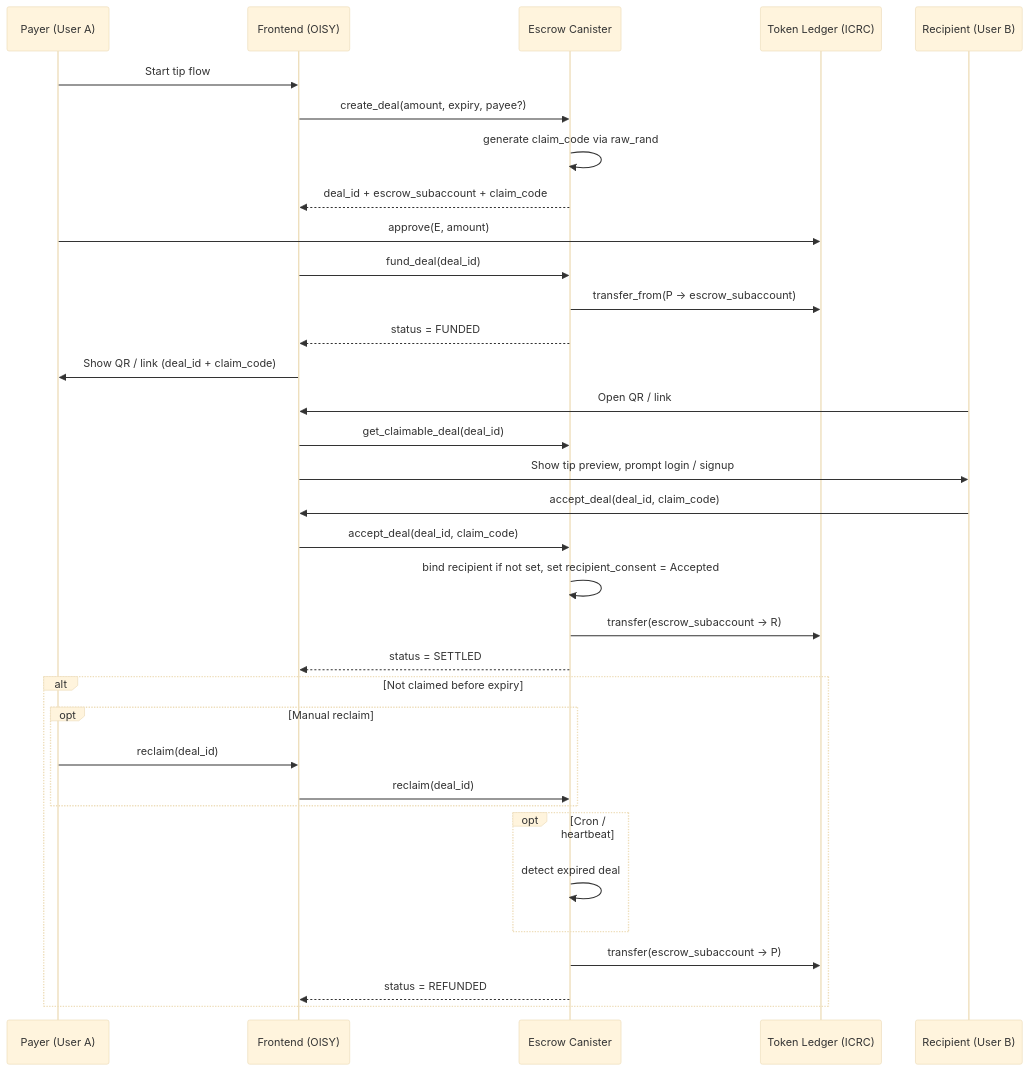
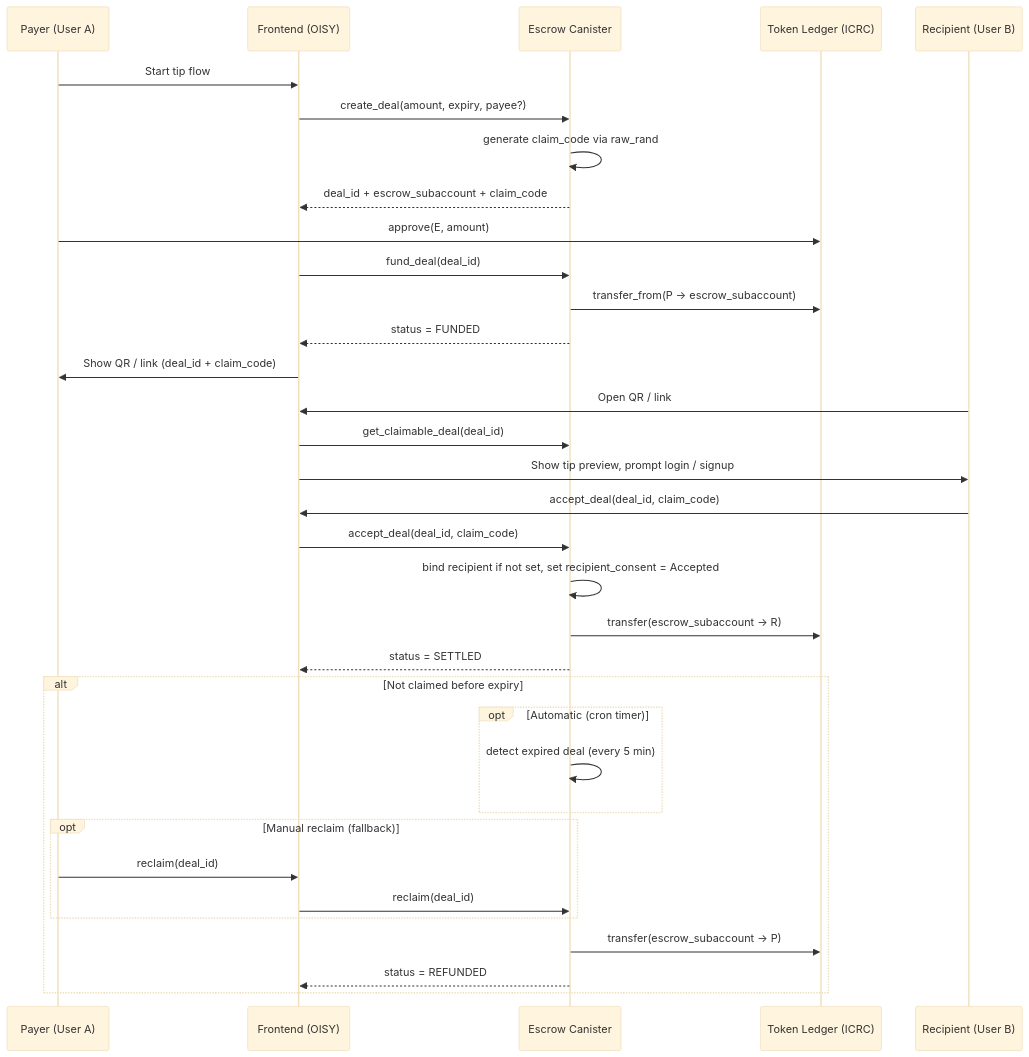
One commit to AntonioVentilii/escrow changed the first of 3 diagrams in TIPS.md. Above: the diagram before and after it, drawn with Mermaid (base theme). The commit also changed other lines of this file and 7 other files, not shown here.

````diff
--- a/TIPS.md
+++ b/TIPS.md
@@ -50,51 +49,51 @@
 ```mermaid
 sequenceDiagram
     participant P as Payer (User A)
     participant F as Frontend (OISY)
     participant E as Escrow Canister
     participant L as Token Ledger (ICRC)
     participant R as Recipient (User B)
 
     %% --- CREATE DEAL ---
     P->>F: Start tip flow
     F->>E: create_deal(amount, expiry, payee?)
     E->>E: generate claim_code via raw_rand
     E-->>F: deal_id + escrow_subaccount + claim_code
 
     %% --- FUNDING ---
     P->>L: approve(E, amount)
     F->>E: fund_deal(deal_id)
     E->>L: transfer_from(P -> escrow_subaccount)
     E-->>F: status = FUNDED
 
     %% --- SHARE ---
     F->>P: Show QR / link (deal_id + claim_code)
 
     %% --- CLAIM ---
     R->>F: Open QR / link
     F->>E: get_claimable_deal(deal_id)
     F->>R: Show tip preview, prompt login / signup
 
     R->>F: accept_deal(deal_id, claim_code)
     F->>E: accept_deal(deal_id, claim_code)
 
     %% --- BIND RECIPIENT ---
     E->>E: bind recipient if not set, set recipient_consent = Accepted
 
     %% --- SETTLEMENT ---
     E->>L: transfer(escrow_subaccount -> R)
     E-->>F: status = SETTLED
 
     %% --- EXPIRY PATH ---
     alt Not claimed before expiry
-        opt Manual reclaim
+        opt Automatic (cron timer)
+            E->>E: detect expired deal (every 5 min)
+        end
+        opt Manual reclaim (fallback)
             P->>F: reclaim(deal_id)
             F->>E: reclaim(deal_id)
-        end
-        opt Cron / heartbeat
-            E->>E: detect expired deal
         end
         E->>L: transfer(escrow_subaccount -> P)
         E-->>F: status = REFUNDED
     end
 ```
````
